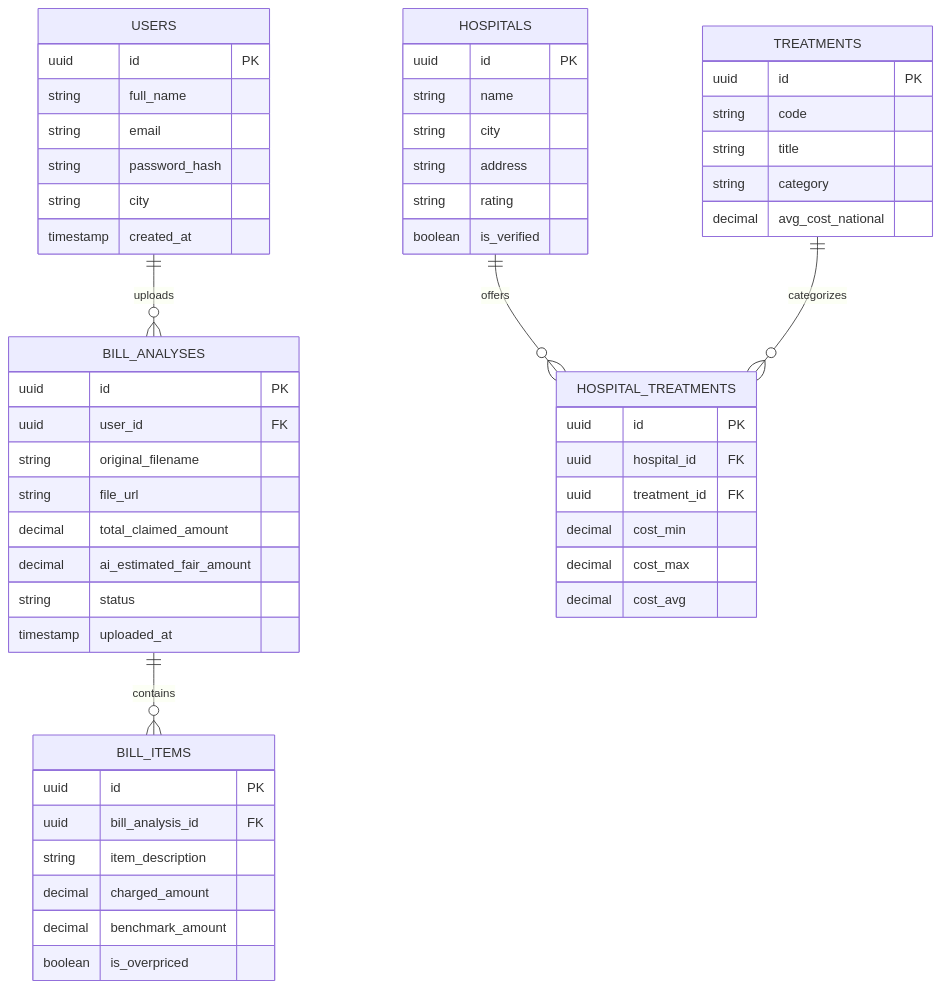
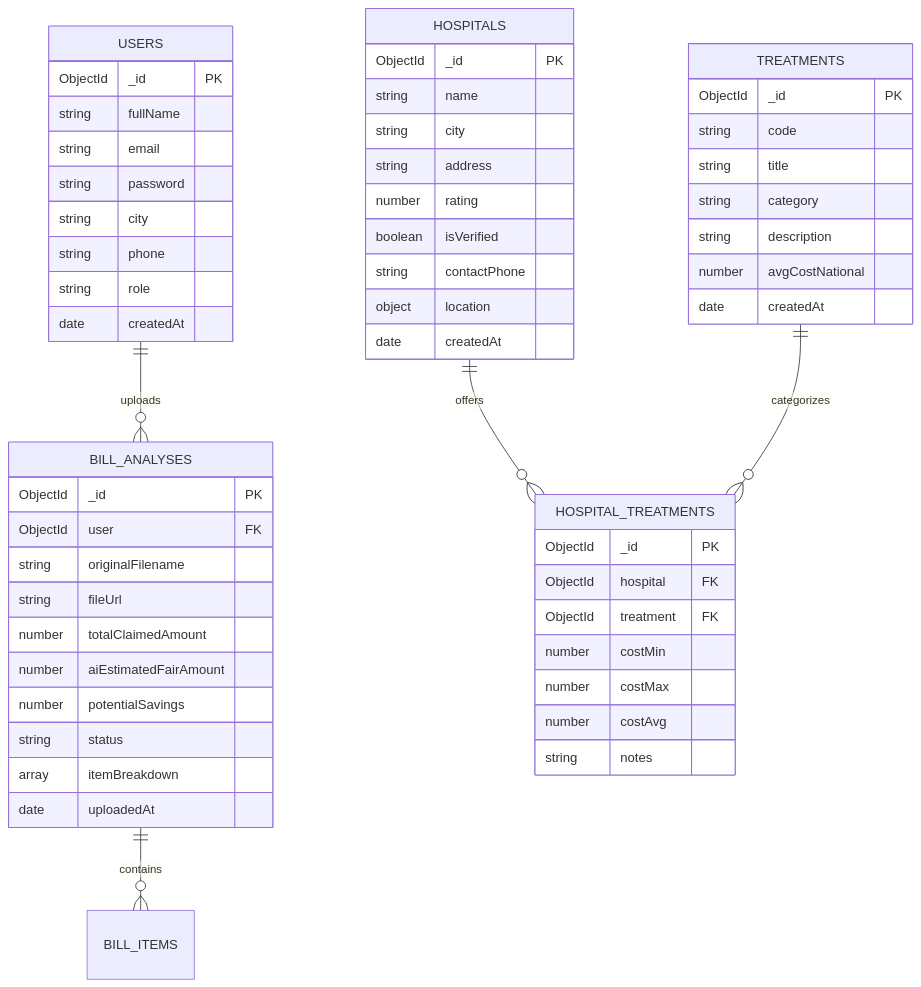
The second of 2 diagrams in arch.md (inexcusablecoder/Sasti-Sehat), drawn with Mermaid before and after one commit. The commit also changed other lines of this file and 28 other files, not shown here.

````diff
--- a/arch.md
+++ b/arch.md
@@ -76,62 +76,63 @@
 ```mermaid
 erDiagram
     USERS ||--o{ BILL_ANALYSES : uploads
     HOSPITALS ||--o{ HOSPITAL_TREATMENTS : offers
     TREATMENTS ||--o{ HOSPITAL_TREATMENTS : categorizes
     BILL_ANALYSES ||--o{ BILL_ITEMS : contains
 
     USERS {
-        uuid id PK
-        string full_name
+        ObjectId _id PK
+        string fullName
         string email
-        string password_hash
+        string password
         string city
-        timestamp created_at
+        string phone
+        string role
+        date createdAt
     }
 
     HOSPITALS {
-        uuid id PK
+        ObjectId _id PK
         string name
         string city
         string address
-        string rating
-        boolean is_verified
+        number rating
+        boolean isVerified
+        string contactPhone
+        object location
+        date createdAt
     }
 
     TREATMENTS {
-        uuid id PK
+        ObjectId _id PK
         string code
         string title
         string category
-        decimal avg_cost_national
+        string description
+        number avgCostNational
+        date createdAt
     }
 
     HOSPITAL_TREATMENTS {
-        uuid id PK
-        uuid hospital_id FK
-        uuid treatment_id FK
-        decimal cost_min
-        decimal cost_max
-        decimal cost_avg
+        ObjectId _id PK
+        ObjectId hospital FK
+        ObjectId treatment FK
+        number costMin
+        number costMax
+        number costAvg
+        string notes
     }
 
     BILL_ANALYSES {
-        uuid id PK
-        uuid user_id FK
-        string original_filename
-        string file_url
-        decimal total_claimed_amount
-        decimal ai_estimated_fair_amount
+        ObjectId _id PK
+        ObjectId user FK
+        string originalFilename
+        string fileUrl
+        number totalClaimedAmount
+        number aiEstimatedFairAmount
+        number potentialSavings
         string status
-        timestamp uploaded_at
-    }
-
-    BILL_ITEMS {
-        uuid id PK
-        uuid bill_analysis_id FK
-        string item_description
-        decimal charged_amount
-        decimal benchmark_amount
-        boolean is_overpriced
+        array itemBreakdown
+        date uploadedAt
     }
 ```
````
